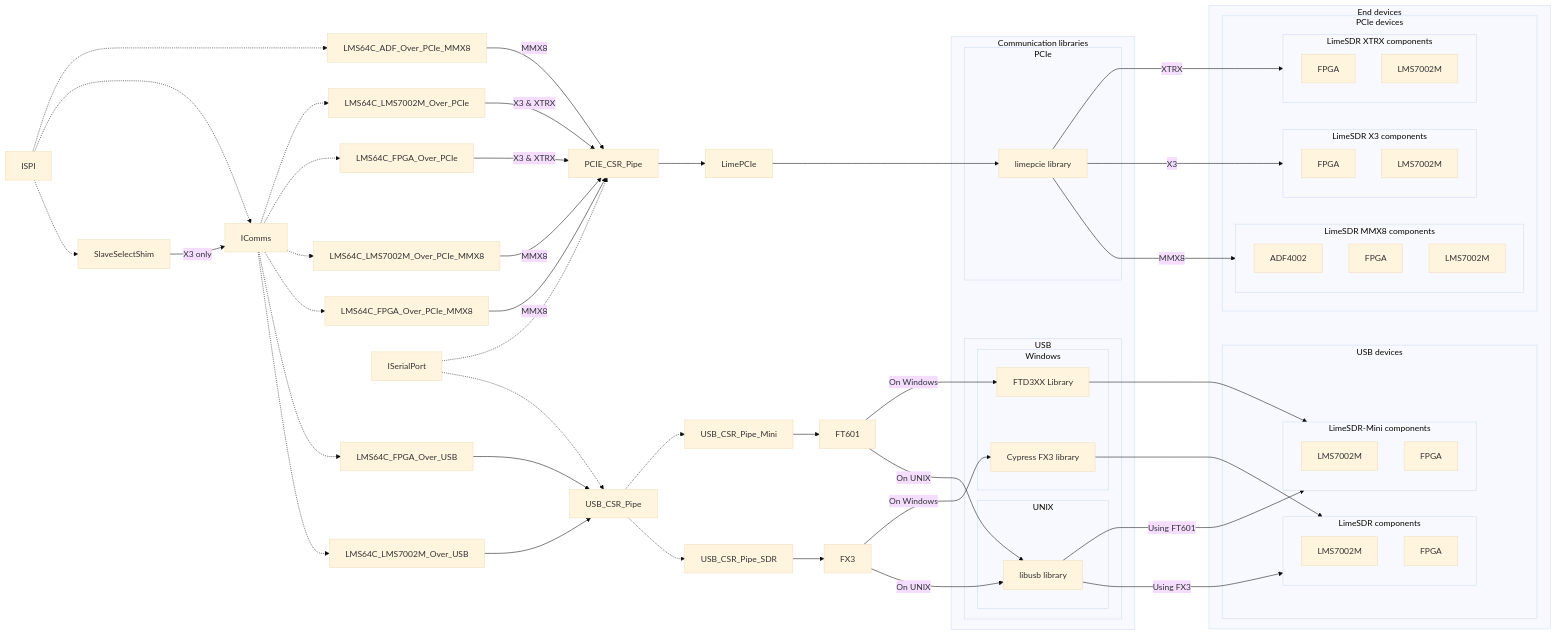
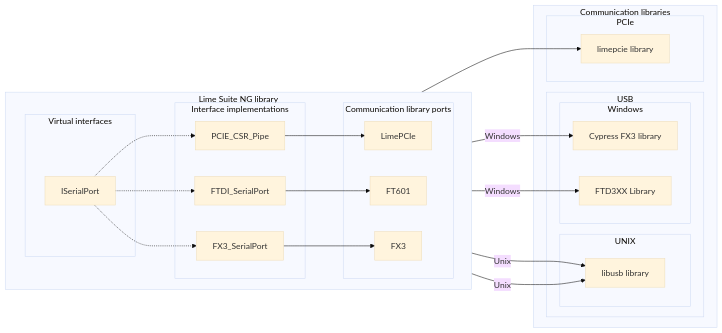
Before and after one commit to myriadrf/LimeSuiteNG: the diagram in docs/developer/Introduction/comms.mmd, drawn with Mermaid (base theme). The commit also changed 130 other files, not shown here.

```diff
--- a/docs/developer/Introduction/comms.mmd
+++ b/docs/developer/Introduction/comms.mmd
@@ -1,74 +1,45 @@
 flowchart LR
-    subgraph End devices
-        subgraph USB devices
-            subgraph SDR["LimeSDR components"]
-                LMS7002M_SDR[LMS7002M]
-                FPGA_SDR[FPGA]
-            end
-            subgraph SDRMini["LimeSDR-Mini components"]
-                LMS7002M_Mini[LMS7002M]
-                FPGA_Mini[FPGA]
-            end
-        end
-        subgraph PCIe devices
-            subgraph X3[LimeSDR X3 components]
-                FPGA_X3[FPGA]
-                LMS7002M_X3["LMS7002M"]
-            end
-            subgraph XTRX[LimeSDR XTRX components]
-                FPGA_XTRX["FPGA"]
-                LMS7002M_XTRX["LMS7002M"]
-            end
-            subgraph MMX8[LimeSDR MMX8 components]
-                ADF4002_MMX8["ADF4002"]
-                FPGA_MMX8["FPGA"]
-                LMS7002M_MMX8["LMS7002M"]
-            end
-        end
-    end
-
     subgraph Communication libraries
         subgraph USB
             subgraph UNIX
                 libusb["libusb library"]
             end
             subgraph Windows
                 Cypress["Cypress FX3 library"]
                 FTD3XX["FTD3XX Library"]
             end
         end
         subgraph PCIe
             limepcie["limepcie library"]
         end
     end
 
-    %% PCIe
-    ISPI-.->LMS64C_ADF_Over_PCIe_MMX8 & IComms & SlaveSelectShim
-    IComms-.->LMS64C_LMS7002M_Over_PCIe & LMS64C_FPGA_Over_PCIe & LMS64C_LMS7002M_Over_PCIe_MMX8 & LMS64C_FPGA_Over_PCIe_MMX8
+    subgraph Lime Suite NG library
+        direction LR
+        subgraph Virtual interfaces
+            ISerialPort
+        end
+        subgraph Interface implementations
+            PCIE_CSR_Pipe
+            FTDI_SerialPort
+            FX3_SerialPort
+        end
+        subgraph Communication library ports
+            LimePCIe
+            FT601
+            FX3
+        end
+    end
 
-    SlaveSelectShim-->|X3 only|IComms
+    %% Lime Suite NG library subgraph interconnections
+    ISerialPort-.->PCIE_CSR_Pipe & FTDI_SerialPort & FX3_SerialPort
+    PCIE_CSR_Pipe-->LimePCIe
+    FTDI_SerialPort-->FT601
+    FX3_SerialPort-->FX3
 
-    LMS64C_LMS7002M_Over_PCIe & LMS64C_FPGA_Over_PCIe-->|X3 & XTRX|PCIE_CSR_Pipe
-    LMS64C_LMS7002M_Over_PCIe_MMX8 & LMS64C_ADF_Over_PCIe_MMX8 & LMS64C_FPGA_Over_PCIe_MMX8-->|MMX8|PCIE_CSR_Pipe
-
-    ISerialPort-.->PCIE_CSR_Pipe
-    PCIE_CSR_Pipe-->LimePCIe-->limepcie
-
-    limepcie-->|XTRX|XTRX
-    limepcie-->|X3|X3
-    limepcie-->|MMX8|MMX8
-
-    %% USB
-    IComms-.->LMS64C_FPGA_Over_USB & LMS64C_LMS7002M_Over_USB-->USB_CSR_Pipe
-    ISerialPort-.->USB_CSR_Pipe
-
-    USB_CSR_Pipe-.->USB_CSR_Pipe_Mini & USB_CSR_Pipe_SDR
-    USB_CSR_Pipe_SDR-->FX3
-    USB_CSR_Pipe_Mini-->FT601
-
-    FX3-->|On Windows|Cypress-->SDR
-    FT601-->|On Windows|FTD3XX-->SDRMini
-    FX3 & FT601-->|On UNIX|libusb
-
-    libusb-->|Using FT601|SDRMini 
-    libusb-->|Using FX3|SDR
+    %% Global interconnections
+    LimePCIe-->limepcie
+    FT601-- Windows -->FTD3XX
+    FX3-- Windows -->Cypress
+    FT601-- Unix -->libusb
+    FX3-- Unix -->libusb
```
